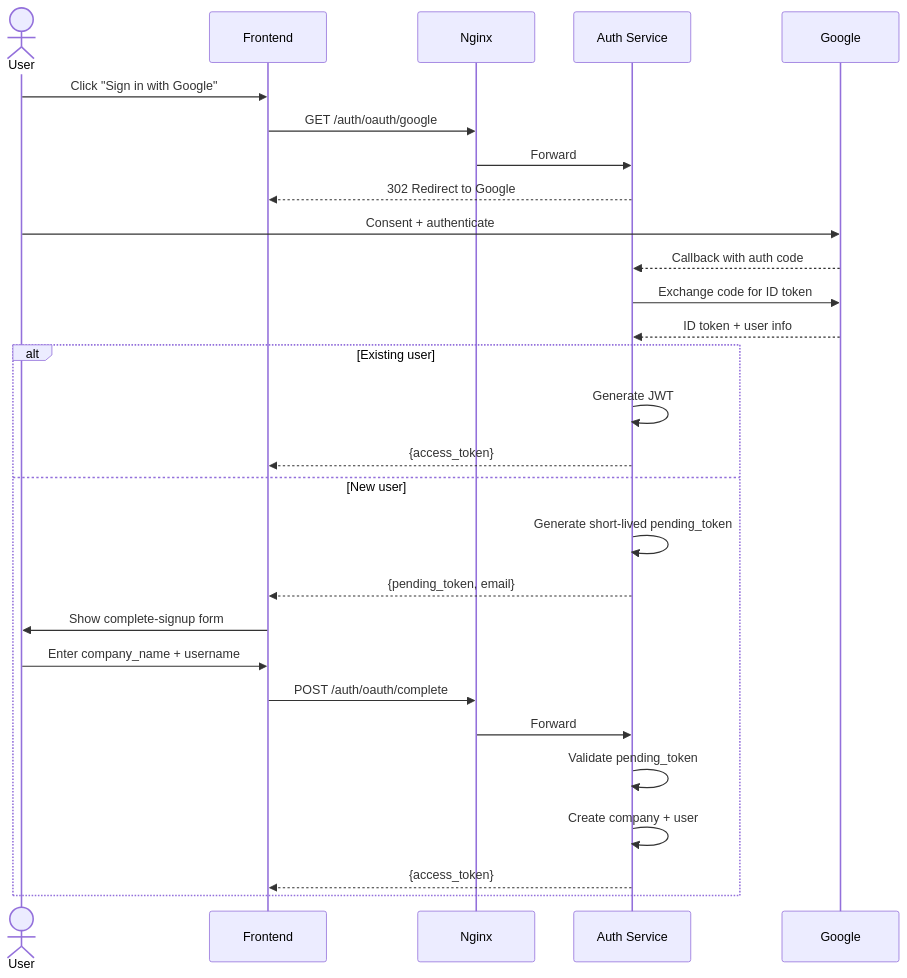
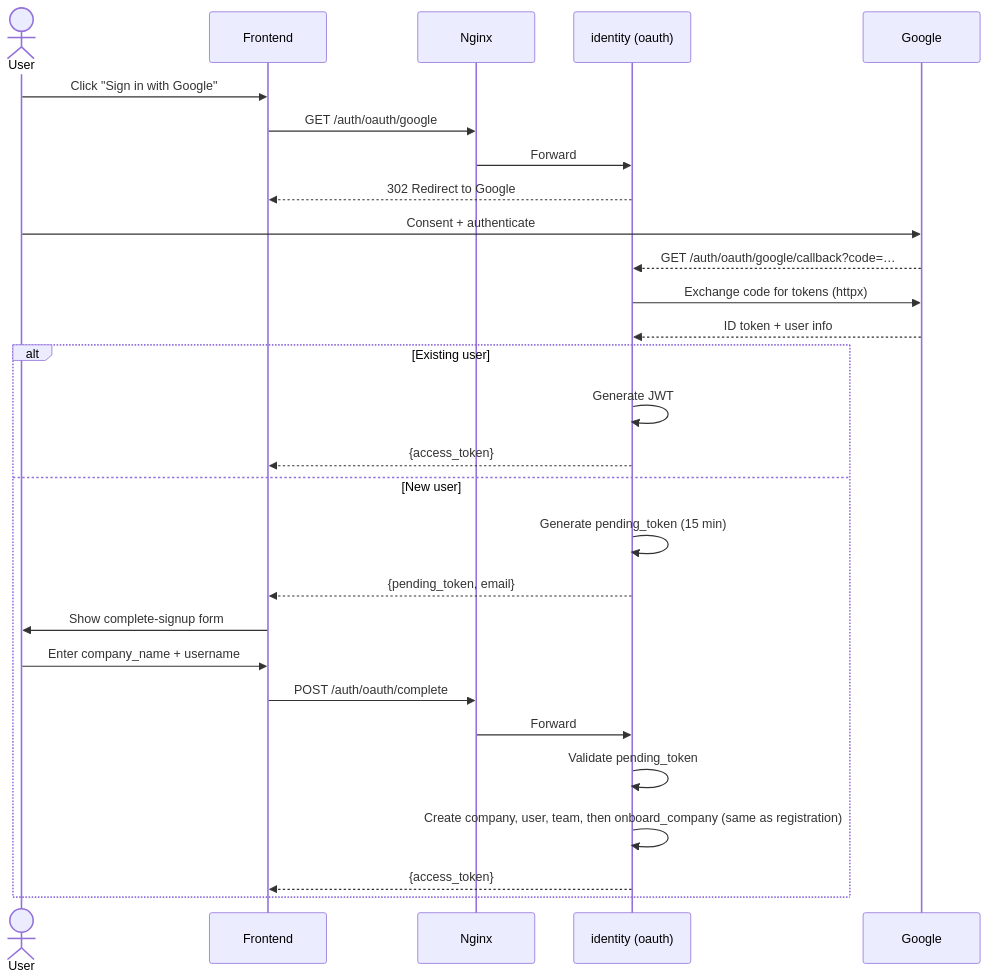
One commit to yavorm-tech/query-prism changed the second of 7 diagrams in docs/diagrams/sequence-diagrams.md. Above: the diagram before and after it, drawn with Mermaid. The commit also changed other lines of this file and 15 other files, not shown here.

````diff
--- a/docs/diagrams/sequence-diagrams.md
+++ b/docs/diagrams/sequence-diagrams.md
@@ -40,34 +49,34 @@
 ```mermaid
 sequenceDiagram
     actor User
     participant Frontend
     participant Nginx
-    participant AuthSvc as Auth Service
+    participant Identity as identity (oauth)
     participant Google
 
     User->>Frontend: Click "Sign in with Google"
     Frontend->>Nginx: GET /auth/oauth/google
-    Nginx->>AuthSvc: Forward
-    AuthSvc-->>Frontend: 302 Redirect to Google
+    Nginx->>Identity: Forward
+    Identity-->>Frontend: 302 Redirect to Google
 
     User->>Google: Consent + authenticate
-    Google-->>AuthSvc: Callback with auth code
+    Google-->>Identity: GET /auth/oauth/google/callback?code=…
 
-    AuthSvc->>Google: Exchange code for ID token
-    Google-->>AuthSvc: ID token + user info
+    Identity->>Google: Exchange code for tokens (httpx)
+    Google-->>Identity: ID token + user info
 
     alt Existing user
-        AuthSvc->>AuthSvc: Generate JWT
-        AuthSvc-->>Frontend: {access_token}
+        Identity->>Identity: Generate JWT
+        Identity-->>Frontend: {access_token}
     else New user
-        AuthSvc->>AuthSvc: Generate short-lived pending_token
-        AuthSvc-->>Frontend: {pending_token, email}
+        Identity->>Identity: Generate pending_token (15 min)
+        Identity-->>Frontend: {pending_token, email}
         Frontend->>User: Show complete-signup form
         User->>Frontend: Enter company_name + username
         Frontend->>Nginx: POST /auth/oauth/complete
-        Nginx->>AuthSvc: Forward
-        AuthSvc->>AuthSvc: Validate pending_token
-        AuthSvc->>AuthSvc: Create company + user
-        AuthSvc-->>Frontend: {access_token}
+        Nginx->>Identity: Forward
+        Identity->>Identity: Validate pending_token
+        Identity->>Identity: Create company, user, team, then onboard_company (same as registration)
+        Identity-->>Frontend: {access_token}
     end
 ```
````
